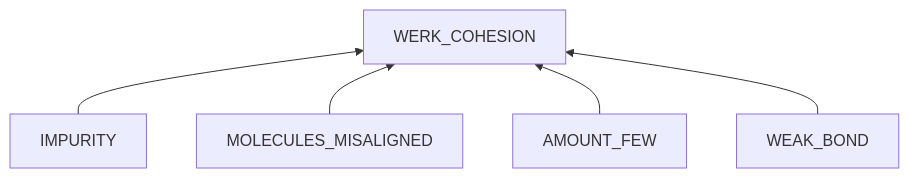
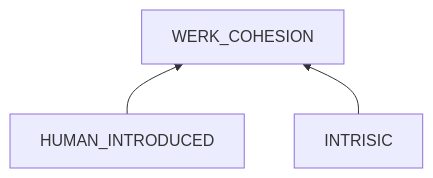
One commit to SuxinL/Notes changed the fourth of 4 diagrams in physics_chemistry/glue_not_sticky.md. Above: the diagram before and after it, drawn with Mermaid. The commit also changed other lines of this file, not shown here.

````diff
--- a/physics_chemistry/glue_not_sticky.md
+++ b/physics_chemistry/glue_not_sticky.md
@@ -140,8 +143,6 @@
 ```mermaid
 flowchart BT
 WERK_COHESION
-IMPURITY --> WERK_COHESION
-MOLECULES_MISALIGNED --> WERK_COHESION
-AMOUNT_FEW --> WERK_COHESION
-WEAK_BOND --> WERK_COHESION
+HUMAN_INTRODUCED --> WERK_COHESION
+INTRISIC --> WERK_COHESION
 ```
````
